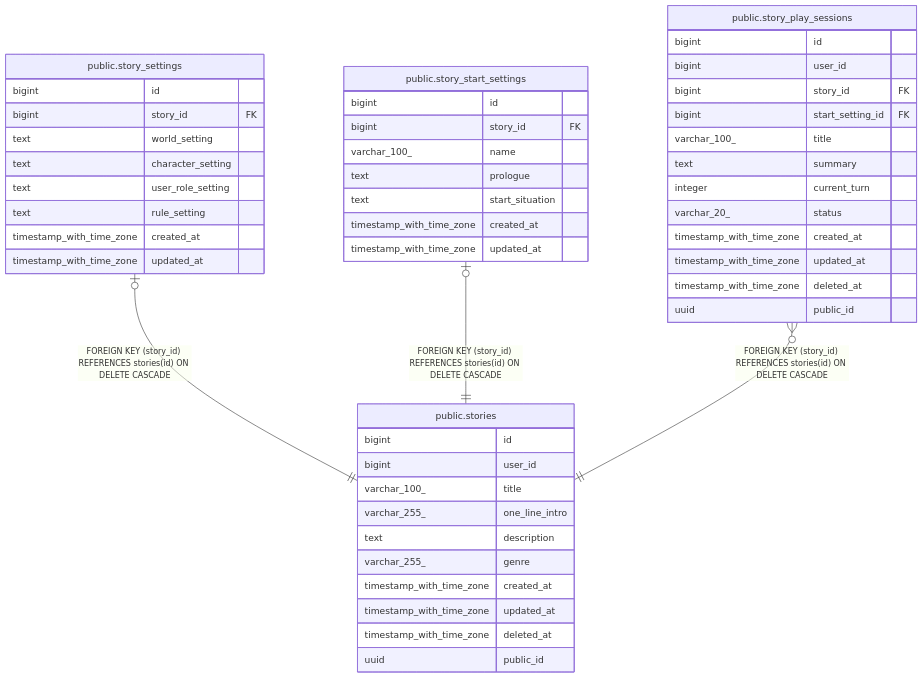
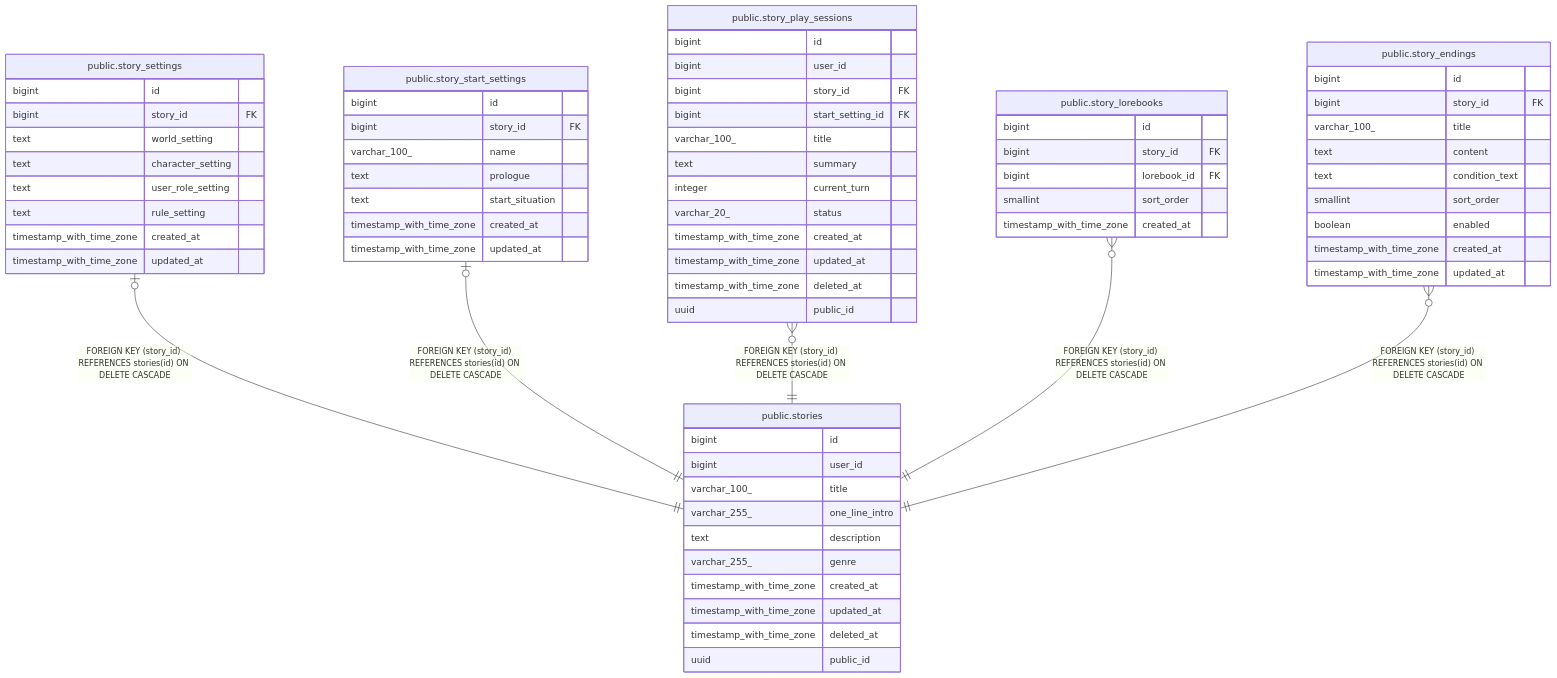
The diagram in dbdoc/public.stories.md (KIM-N-KANG/manyak-server), drawn with Mermaid before and after one commit. The commit also changed other lines of this file and 12 other files, not shown here.

````diff
--- a/dbdoc/public.stories.md
+++ b/dbdoc/public.stories.md
@@ -34,53 +34,73 @@
 ```mermaid
 erDiagram
 
 "public.story_settings" |o--|| "public.stories" : "FOREIGN KEY (story_id) REFERENCES stories(id) ON DELETE CASCADE"
 "public.story_start_settings" |o--|| "public.stories" : "FOREIGN KEY (story_id) REFERENCES stories(id) ON DELETE CASCADE"
 "public.story_play_sessions" }o--|| "public.stories" : "FOREIGN KEY (story_id) REFERENCES stories(id) ON DELETE CASCADE"
+"public.story_lorebooks" }o--|| "public.stories" : "FOREIGN KEY (story_id) REFERENCES stories(id) ON DELETE CASCADE"
+"public.story_endings" }o--|| "public.stories" : "FOREIGN KEY (story_id) REFERENCES stories(id) ON DELETE CASCADE"
 
 "public.stories" {
   bigint id
   bigint user_id
   varchar_100_ title
   varchar_255_ one_line_intro
   text description
   varchar_255_ genre
   timestamp_with_time_zone created_at
   timestamp_with_time_zone updated_at
   timestamp_with_time_zone deleted_at
   uuid public_id
 }
 "public.story_settings" {
   bigint id
   bigint story_id FK
   text world_setting
   text character_setting
   text user_role_setting
   text rule_setting
   timestamp_with_time_zone created_at
   timestamp_with_time_zone updated_at
 }
 "public.story_start_settings" {
   bigint id
   bigint story_id FK
   varchar_100_ name
   text prologue
   text start_situation
   timestamp_with_time_zone created_at
   timestamp_with_time_zone updated_at
 }
 "public.story_play_sessions" {
   bigint id
   bigint user_id
   bigint story_id FK
   bigint start_setting_id FK
   varchar_100_ title
   text summary
   integer current_turn
   varchar_20_ status
   timestamp_with_time_zone created_at
   timestamp_with_time_zone updated_at
   timestamp_with_time_zone deleted_at
   uuid public_id
 }
+"public.story_lorebooks" {
+  bigint id
+  bigint story_id FK
+  bigint lorebook_id FK
+  smallint sort_order
+  timestamp_with_time_zone created_at
+}
+"public.story_endings" {
+  bigint id
+  bigint story_id FK
+  varchar_100_ title
+  text content
+  text condition_text
+  smallint sort_order
+  boolean enabled
+  timestamp_with_time_zone created_at
+  timestamp_with_time_zone updated_at
+}
 ```
````
